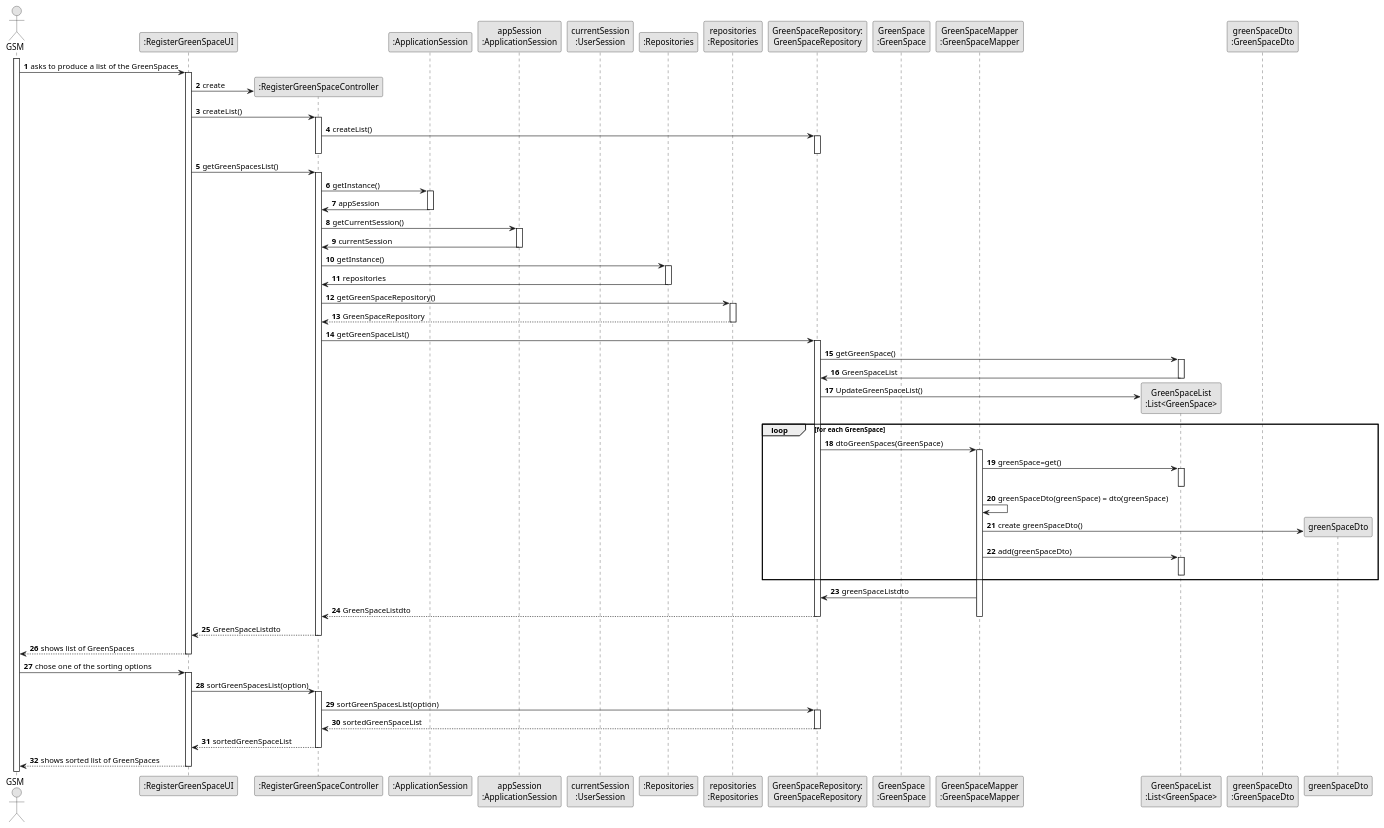
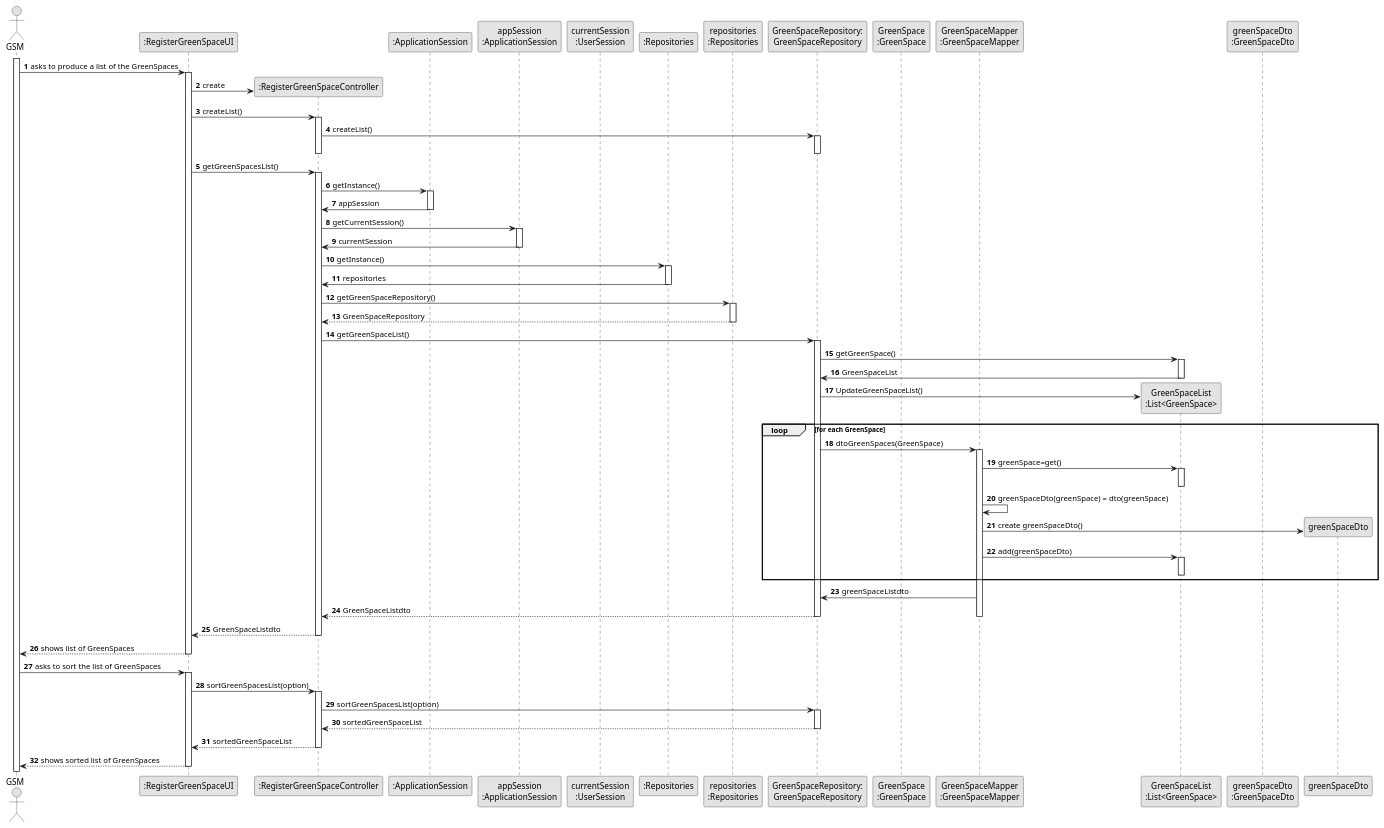
The diagram in docs/sprintC/us027/03.design/puml/us027-sequence-diagram-full.puml (Departamento-de-Engenharia-Informatica/lei-24-s2-1dm-g132), drawn with PlantUML before and after one commit. The commit also changed 21 other files, not shown here.

```diff
--- a/docs/sprintC/us027/03.design/puml/us027-sequence-diagram-full.puml
+++ b/docs/sprintC/us027/03.design/puml/us027-sequence-diagram-full.puml
@@ -1,122 +1,122 @@
 @startuml
 skinparam monochrome true
 skinparam packageStyle rectangle
 skinparam shadowing false
 
 autonumber
 
 'hide footbox
 actor "GSM" as GSM
 participant ":RegisterGreenSpaceUI" as UI
 participant ":RegisterGreenSpaceController" as CTRL
 participant ":ApplicationSession" as _APP
 participant "appSession\n:ApplicationSession" as APP
 participant "currentSession\n:UserSession" as SESSION
 participant ":Repositories" as RepositorySingleton
 participant "repositories\n:Repositories" as PLAT
 participant "GreenSpaceRepository:\nGreenSpaceRepository" as GreenSpaceRepository
 participant "GreenSpace\n:GreenSpace" as GreenSpace
 participant "GreenSpaceMapper\n:GreenSpaceMapper" as GreenSpaceMapper
 participant "GreenSpaceList\n:List<GreenSpace>" as GreenSpaceList
 participant "greenSpaceDto\n:GreenSpaceDto" as GreenSpaceDto
 
 
 activate GSM
 
 
     GSM -> UI : asks to produce a list of the GreenSpaces
     activate UI
 
     UI -> CTRL** : create
 
     UI -> CTRL : createList()
     activate CTRL
     CTRL -> GreenSpaceRepository : createList()
     activate GreenSpaceRepository
     deactivate GreenSpaceRepository
     deactivate CTRL
 
     UI -> CTRL : getGreenSpacesList()
     activate CTRL
     CTRL -> _APP : getInstance()
     activate _APP
     _APP -> CTRL : appSession
     deactivate _APP
     CTRL -> APP : getCurrentSession()
     activate APP
     APP -> CTRL : currentSession
     deactivate APP
     CTRL -> RepositorySingleton : getInstance()
     activate RepositorySingleton
     RepositorySingleton -> CTRL : repositories
        deactivate RepositorySingleton
        CTRL -> PLAT : getGreenSpaceRepository()
          activate PLAT
             PLAT --> CTRL : GreenSpaceRepository
             deactivate PLAT
             CTRL -> GreenSpaceRepository : getGreenSpaceList()
 
 
     activate GreenSpaceRepository
         GreenSpaceRepository -> GreenSpaceList : getGreenSpace()
 
         activate GreenSpaceList
 
         GreenSpaceList -> GreenSpaceRepository : GreenSpaceList
 
         deactivate GreenSpaceList
 
         GreenSpaceRepository -> GreenSpaceList** : UpdateGreenSpaceList()
 
         loop for each GreenSpace
 
         GreenSpaceRepository -> GreenSpaceMapper : dtoGreenSpaces(GreenSpace)
 
         activate GreenSpaceMapper
 
         GreenSpaceMapper -> GreenSpaceList : greenSpace=get()
 
         activate GreenSpaceList
 
         deactivate GreenSpaceList
 
         GreenSpaceMapper -> GreenSpaceMapper : greenSpaceDto(greenSpace) = dto(greenSpace)
 
         GreenSpaceMapper -> greenSpaceDto** :create greenSpaceDto()
 
        GreenSpaceMapper-> GreenSpaceList : add(greenSpaceDto)
 
        activate GreenSpaceList
 
        deactivate GreenSpaceList
 
        end
 
        GreenSpaceMapper -> GreenSpaceRepository : greenSpaceListdto
 
 
     GreenSpaceRepository --> CTRL : GreenSpaceListdto
 
     deactivate GreenSpaceRepository
     deactivate GreenSpaceMapper
     CTRL --> UI : GreenSpaceListdto
     deactivate CTRL
 
 
     UI --> GSM : shows list of GreenSpaces
     deactivate UI
-    GSM -> UI : chose one of the sorting options
+    GSM -> UI : asks to sort the list of GreenSpaces
     activate UI
     UI -> CTRL : sortGreenSpacesList(option)
         activate CTRL
         CTRL -> GreenSpaceRepository : sortGreenSpacesList(option)
         activate GreenSpaceRepository
         GreenSpaceRepository --> CTRL : sortedGreenSpaceList
         deactivate GreenSpaceRepository
         CTRL --> UI : sortedGreenSpaceList
         deactivate CTRL
 
         UI --> GSM : shows sorted list of GreenSpaces
         deactivate UI
 
 @enduml
```
